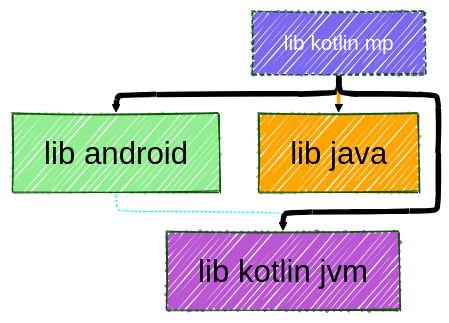
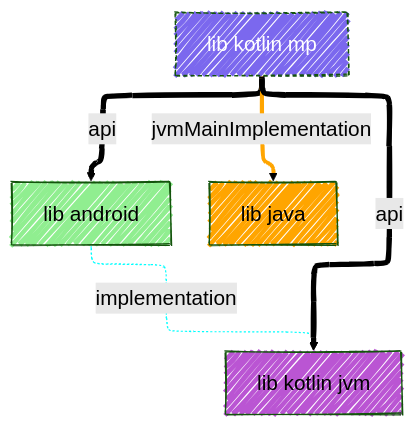
Before and after one commit to jonapoul/atlas: the diagram in samples/sample-mermaid/sample-lib-kotlin-mp/modular/chart.mmd, drawn with Mermaid. The commit also changed 39 other files, not shown here.

```diff
--- a/samples/sample-mermaid/sample-lib-kotlin-mp/modular/chart.mmd
+++ b/samples/sample-mermaid/sample-lib-kotlin-mp/modular/chart.mmd
@@ -1,38 +1,38 @@
 ---
 config:
   layout: elk
   look: handDrawn
   theme: forest
   elk:
     mergeEdges: true
     forceNodeModelOrder: true
     nodePlacementStrategy: LINEAR_SEGMENTS
     cycleBreakingStrategy: INTERACTIVE
     considerModelOrder: PREFER_EDGES
   themeVariables:
     background: #FFF
     fontFamily: arial
     lineColor: #55FF55
     primaryBorderColor: #FF5555
     primaryColor: #ABC123
     darkMode: true
-    fontSize: 30px
+    fontSize: 20px
     defaultLinkColor: #5555FF
 ---
 graph TD
   lib_android["lib android"]
   lib_java["lib java"]
   lib_kotlin_jvm["lib kotlin jvm"]
   lib_kotlin_mp["lib kotlin mp"]
   style lib_android fill:lightgreen,fillcolor:lightgreen
   style lib_java fill:orange,fillcolor:orange
   style lib_kotlin_jvm fill:mediumorchid,fillcolor:mediumorchid
   style lib_kotlin_mp fill:mediumslateblue,color:white,stroke-dasharray:4 3 2 1,font-size:20px,fillcolor:mediumslateblue
-  lib_android -.-> lib_kotlin_jvm
+  lib_android -.implementation.-> lib_kotlin_jvm
   linkStyle 0 stroke:aqua
-  lib_kotlin_mp --> lib_android
+  lib_kotlin_mp --api--> lib_android
   linkStyle 1 stroke-width:5px
-  lib_kotlin_mp ==> lib_java
+  lib_kotlin_mp ==jvmMainImplementation==> lib_java
   linkStyle 2 stroke:orange
-  lib_kotlin_mp --> lib_kotlin_jvm
+  lib_kotlin_mp --api--> lib_kotlin_jvm
   linkStyle 3 stroke-width:5px
```
